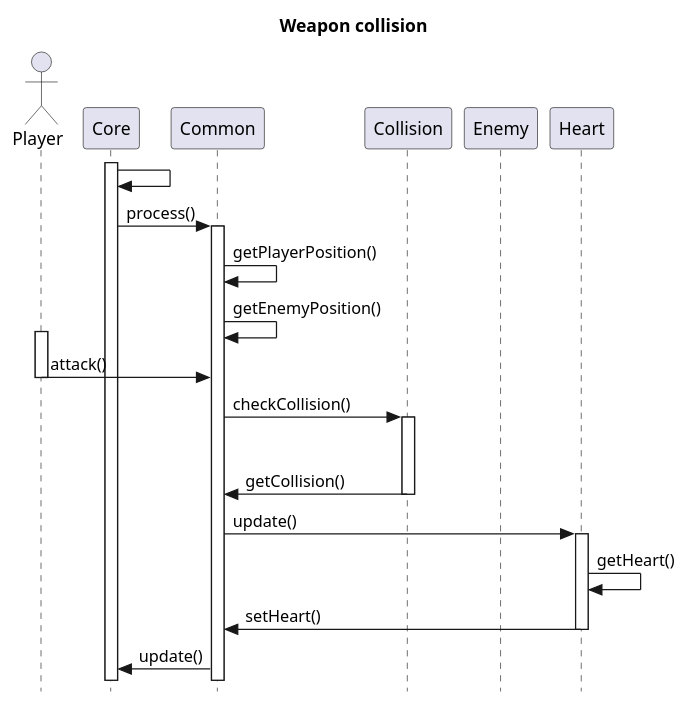
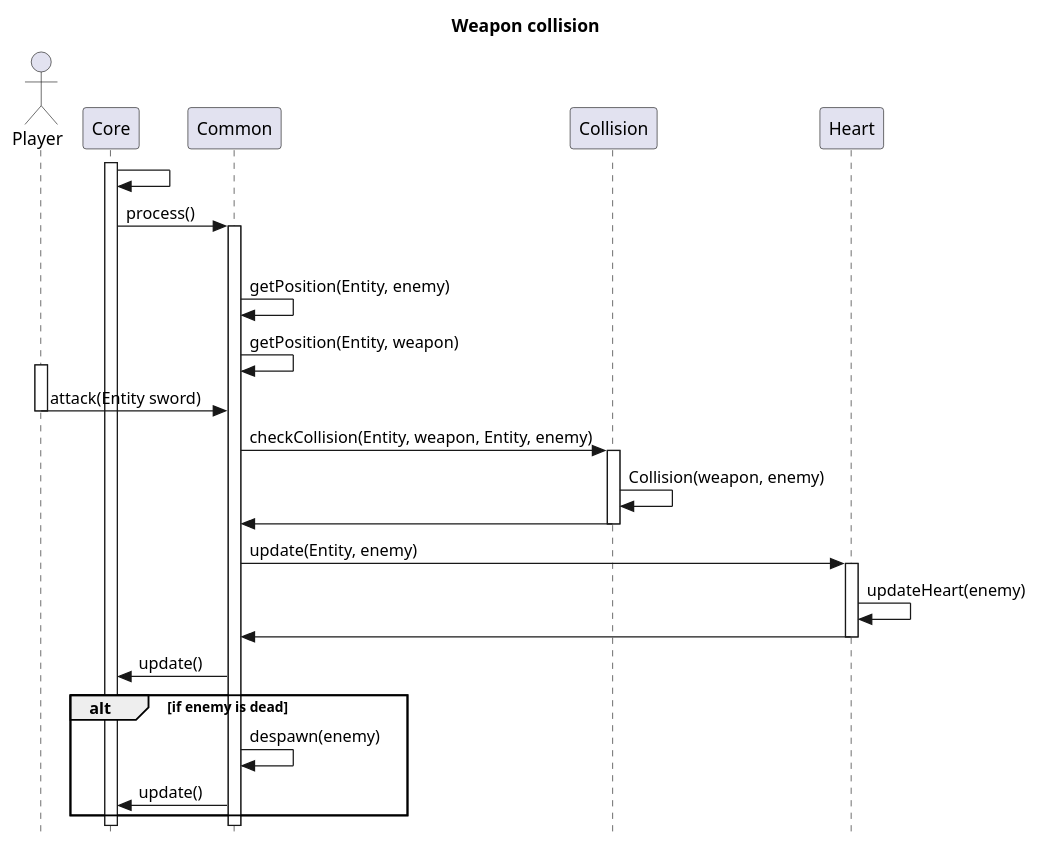
One commit to sesem4/Nelda changed the second of 2 diagrams in docs/diagrams/SequenceDiagram.puml. Above: the diagram before and after it, drawn with PlantUML.

Commit message:
Changes in collision sequence diagram. added attributes to methods, and change collision between player and enemy to weaon and enemy.

```diff
--- a/docs/diagrams/SequenceDiagram.puml
+++ b/docs/diagrams/SequenceDiagram.puml
@@ -26,31 +26,35 @@
 @startuml
 skinparam style strictuml
 title Weapon collision
-Actor Player
+    Actor Player
 
-activate Core
-Core -> Core
+    activate Core
+    Core -> Core
 
-Core -> Common: process()
-activate Common
-Common -> Common: getPlayerPosition()
-Common -> Common: getEnemyPosition()
-activate Player
-Player -> Common: attack()
-deactivate Player
-Common -> Collision: checkCollision()
-activate Collision
-deactivate Enemy
-Collision -> Common: getCollision()
-deactivate Collision
-Common -> Heart: update()
-activate Heart
-Heart -> Heart: getHeart()
-Heart -> Common: setHeart()
-deactivate Heart
-Common -> Core: update()
+    Core -> Common: process()
+group
+    activate Common
+    Common -> Common: getPosition(Entity, enemy)
+    Common -> Common: getPosition(Entity, weapon)
+    activate Player
+    Player -> Common: attack(Entity sword)
+    deactivate Player
+    Common -> Collision: checkCollision(Entity, weapon, Entity, enemy)
+    activate Collision
+    Collision -> Collision: Collision(weapon, enemy)
+    Collision -> Common:
+    deactivate Collision
+    Common -> Heart: update(Entity, enemy)
+    activate Heart
+    Heart -> Heart: updateHeart(enemy)
+    Heart -> Common:
+    deactivate Heart
 
-
+    Common -> Core: update()
+alt if enemy is dead
+    Common -> Common: despawn(enemy)
+    Common -> Core: update()
+end
 
 
 @enduml
```
